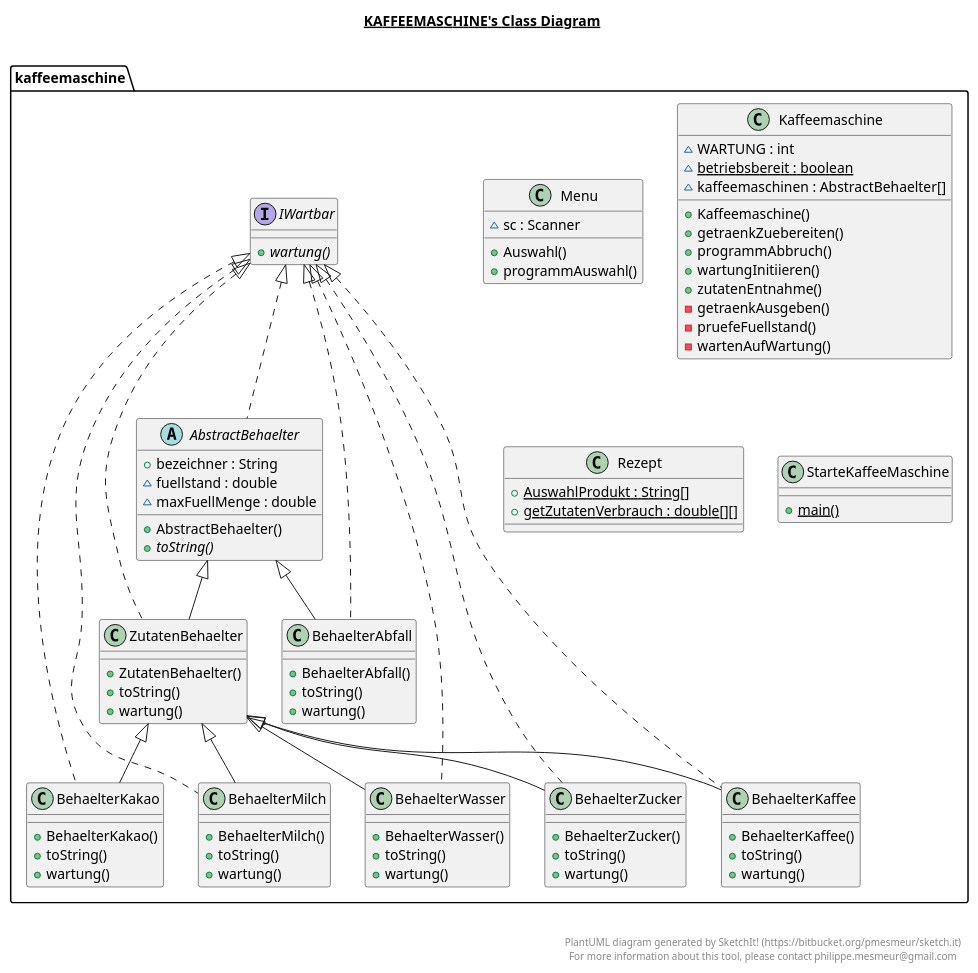
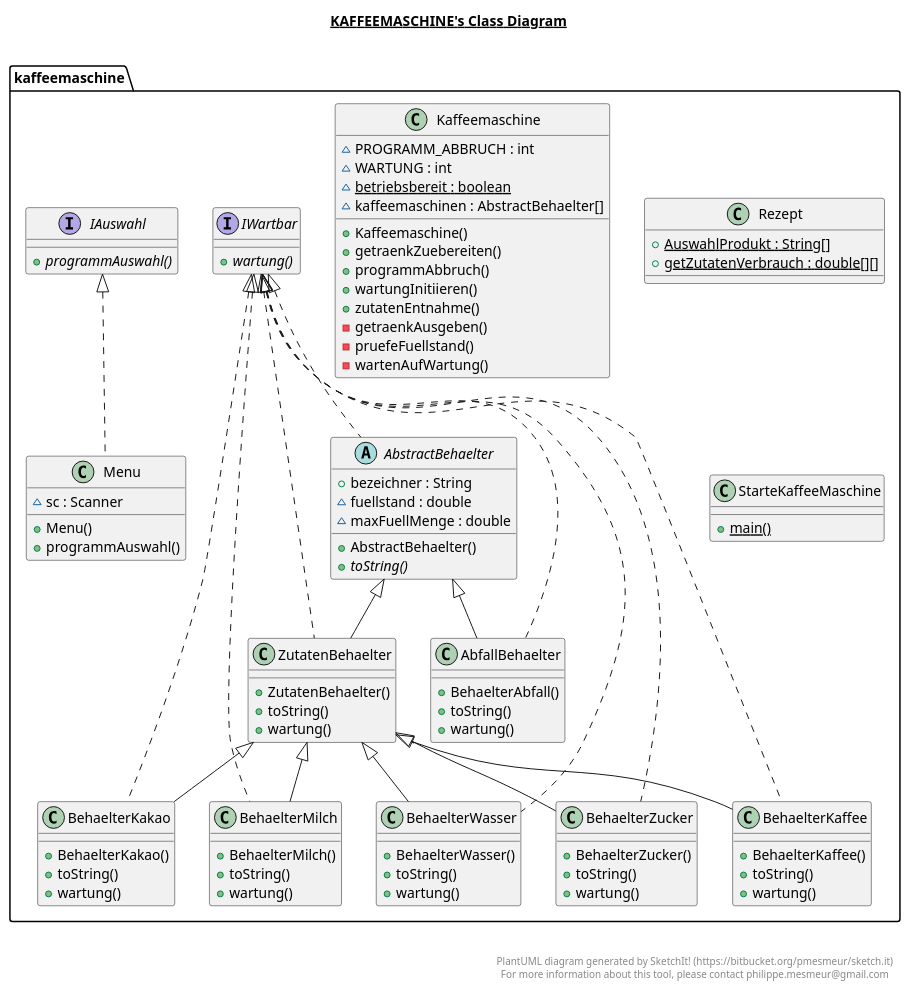
One commit to luzumi/KaffeeMaschine changed the diagram in out/production/KaffeeMaschine/Kaffeemaschine/Kaffeemaschine.plantuml. Above: the diagram before and after it, drawn with PlantUML. The commit also changed 121 other files, not shown here.

First line of the commit message:
Kaffeemaschine TODO Fehlerbehandlung - Exceptions bei Wartung und UserAbbruch

```diff
--- a/out/production/KaffeeMaschine/Kaffeemaschine/Kaffeemaschine.plantuml
+++ b/out/production/KaffeeMaschine/Kaffeemaschine/Kaffeemaschine.plantuml
@@ -1,151 +1,160 @@
 @startuml
 
 title __KAFFEEMASCHINE's Class Diagram__\n
 
   namespace kaffeemaschine {
     abstract class kaffeemaschine.AbstractBehaelter {
         + bezeichner : String
         ~ fuellstand : double
         ~ maxFuellMenge : double
         + AbstractBehaelter()
         {abstract} + toString()
     }
   }
   
 
   namespace kaffeemaschine {
-    class kaffeemaschine.Menu {
-        ~ sc : Scanner
-        + Auswahl()
-        + programmAuswahl()
-    }
-  }
-  
-
-  namespace kaffeemaschine {
-    class kaffeemaschine.BehaelterAbfall {
+    class kaffeemaschine.AbfallBehaelter {
         + BehaelterAbfall()
         + toString()
         + wartung()
     }
   }
   
 
   namespace kaffeemaschine {
     class kaffeemaschine.BehaelterKaffee {
         + BehaelterKaffee()
         + toString()
         + wartung()
     }
   }
   
 
   namespace kaffeemaschine {
     class kaffeemaschine.BehaelterKakao {
         + BehaelterKakao()
         + toString()
         + wartung()
     }
   }
   
 
   namespace kaffeemaschine {
     class kaffeemaschine.BehaelterMilch {
         + BehaelterMilch()
         + toString()
         + wartung()
     }
   }
   
 
   namespace kaffeemaschine {
     class kaffeemaschine.BehaelterWasser {
         + BehaelterWasser()
         + toString()
         + wartung()
     }
   }
   
 
   namespace kaffeemaschine {
     class kaffeemaschine.BehaelterZucker {
         + BehaelterZucker()
         + toString()
         + wartung()
     }
   }
   
 
   namespace kaffeemaschine {
+    interface kaffeemaschine.IAuswahl {
+        {abstract} + programmAuswahl()
+    }
+  }
+  
+
+  namespace kaffeemaschine {
     interface kaffeemaschine.IWartbar {
         {abstract} + wartung()
     }
   }
   
 
   namespace kaffeemaschine {
     class kaffeemaschine.Kaffeemaschine {
+        ~ PROGRAMM_ABBRUCH : int
         ~ WARTUNG : int
         {static} ~ betriebsbereit : boolean
         ~ kaffeemaschinen : AbstractBehaelter[]
         + Kaffeemaschine()
         + getraenkZuebereiten()
         + programmAbbruch()
         + wartungInitiieren()
         + zutatenEntnahme()
         - getraenkAusgeben()
         - pruefeFuellstand()
         - wartenAufWartung()
+    }
+  }
+  
+
+  namespace kaffeemaschine {
+    class kaffeemaschine.Menu {
+        ~ sc : Scanner
+        + Menu()
+        + programmAuswahl()
     }
   }
   
 
   namespace kaffeemaschine {
     class kaffeemaschine.Rezept {
         {static} + AuswahlProdukt : String[]
         {static} + getZutatenVerbrauch : double[][]
     }
   }
   
 
   namespace kaffeemaschine {
     class kaffeemaschine.StarteKaffeeMaschine {
         {static} + main()
     }
   }
   
 
   namespace kaffeemaschine {
     class kaffeemaschine.ZutatenBehaelter {
         + ZutatenBehaelter()
         + toString()
         + wartung()
     }
   }
   
 
   kaffeemaschine.AbstractBehaelter .up.|> kaffeemaschine.IWartbar
-  kaffeemaschine.BehaelterAbfall .up.|> kaffeemaschine.IWartbar
-  kaffeemaschine.BehaelterAbfall -up-|> kaffeemaschine.AbstractBehaelter
+  kaffeemaschine.AbfallBehaelter .up.|> kaffeemaschine.IWartbar
+  kaffeemaschine.AbfallBehaelter -up-|> kaffeemaschine.AbstractBehaelter
   kaffeemaschine.BehaelterKaffee .up.|> kaffeemaschine.IWartbar
   kaffeemaschine.BehaelterKaffee -up-|> kaffeemaschine.ZutatenBehaelter
   kaffeemaschine.BehaelterKakao .up.|> kaffeemaschine.IWartbar
   kaffeemaschine.BehaelterKakao -up-|> kaffeemaschine.ZutatenBehaelter
   kaffeemaschine.BehaelterMilch .up.|> kaffeemaschine.IWartbar
   kaffeemaschine.BehaelterMilch -up-|> kaffeemaschine.ZutatenBehaelter
   kaffeemaschine.BehaelterWasser .up.|> kaffeemaschine.IWartbar
   kaffeemaschine.BehaelterWasser -up-|> kaffeemaschine.ZutatenBehaelter
   kaffeemaschine.BehaelterZucker .up.|> kaffeemaschine.IWartbar
   kaffeemaschine.BehaelterZucker -up-|> kaffeemaschine.ZutatenBehaelter
+  kaffeemaschine.Menu .up.|> kaffeemaschine.IAuswahl
   kaffeemaschine.ZutatenBehaelter .up.|> kaffeemaschine.IWartbar
   kaffeemaschine.ZutatenBehaelter -up-|> kaffeemaschine.AbstractBehaelter
 
 
 right footer
 
 
 PlantUML diagram generated by SketchIt! (https://bitbucket.org/pmesmeur/sketch.it)
 For more information about this tool, please contact philippe.mesmeur@gmail.com
 endfooter
 
 @enduml
```
